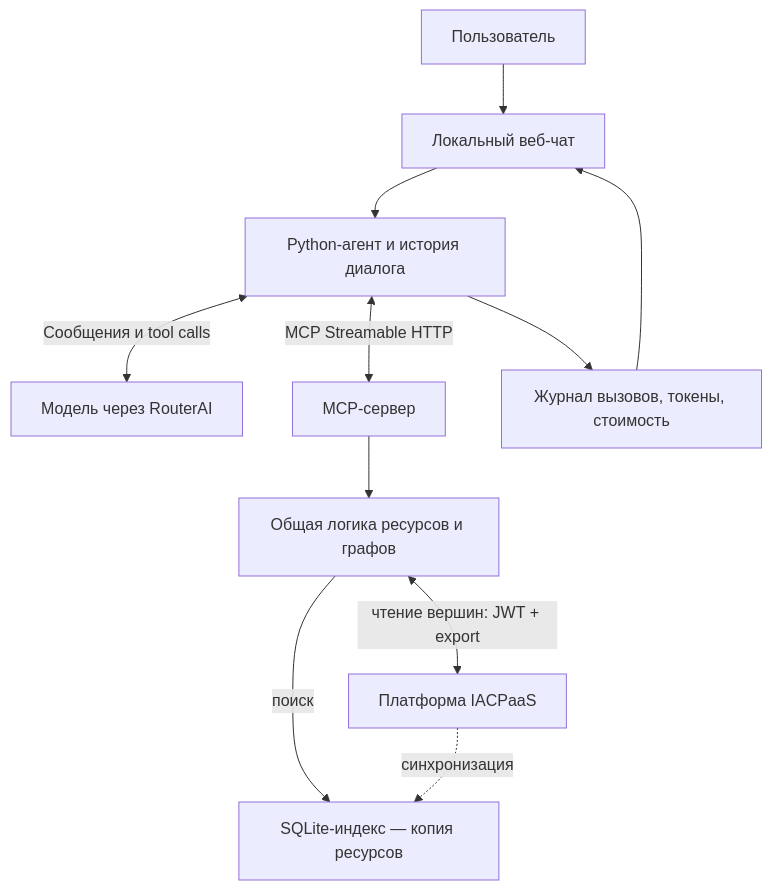
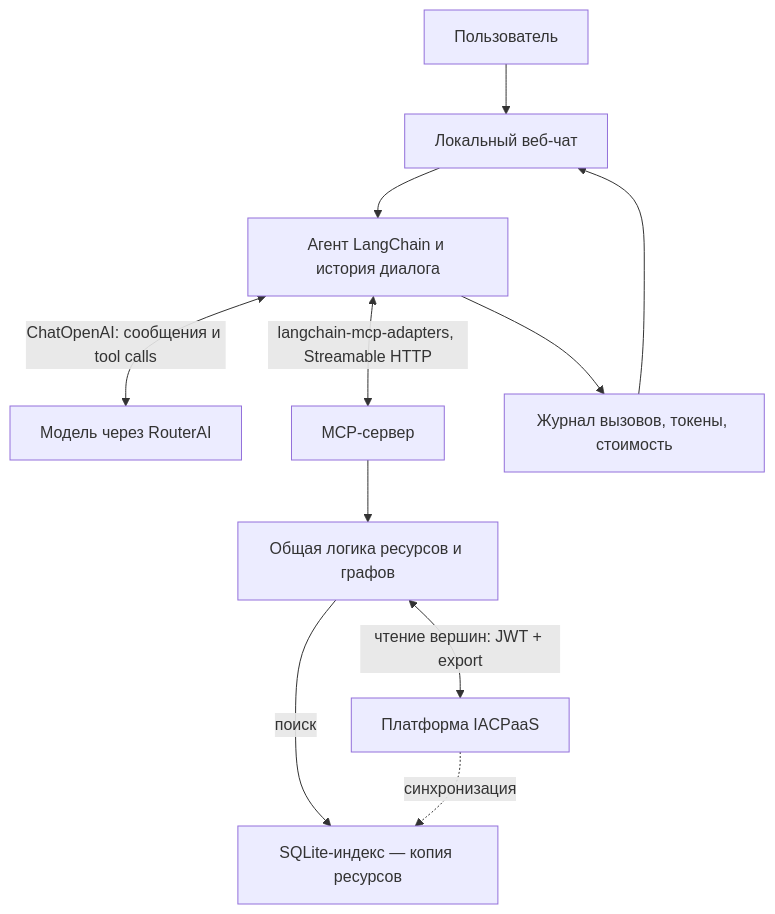
Before and after one commit to Ser4ey/iacpaas-mcp-agent-chat: the diagram in docs/architecture.md, drawn with Mermaid. The commit also changed other lines of this file and 22 other files, not shown here.

````diff
--- a/docs/architecture.md
+++ b/docs/architecture.md
@@ -7,13 +7,13 @@
 ```mermaid
 flowchart TD
     U[Пользователь] --> W[Локальный веб-чат]
-    W --> A[Python-агент и история диалога]
-    A <-->|Сообщения и tool calls| L[Модель через RouterAI]
-    A <-->|MCP Streamable HTTP| M[MCP-сервер]
+    W --> A[Агент LangChain и история диалога]
+    A <-->|ChatOpenAI: сообщения и tool calls| L[Модель через RouterAI]
+    A <-->|langchain-mcp-adapters, Streamable HTTP| M[MCP-сервер]
     M --> D[Общая логика ресурсов и графов]
     D -->|поиск| I[SQLite-индекс — копия ресурсов]
     D <-->|чтение вершин: JWT + export| P[Платформа IACPaaS]
     P -.->|синхронизация| I
     A --> T[Журнал вызовов, токены, стоимость]
     T --> W
 ```
````
